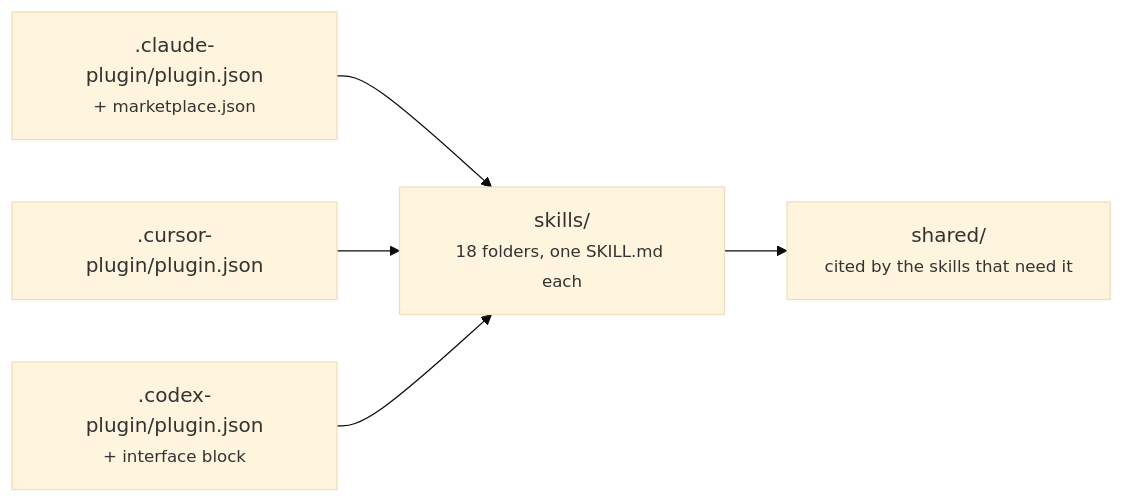
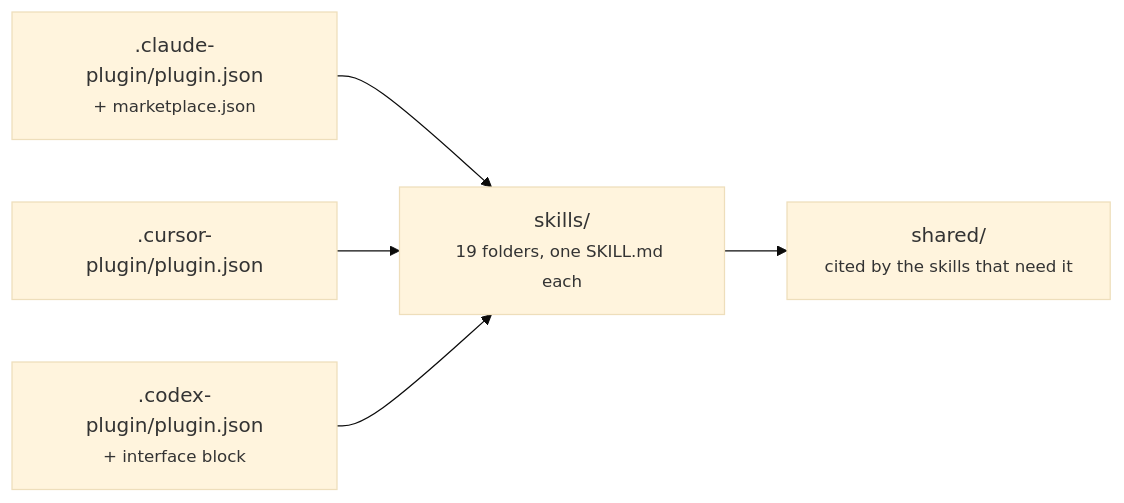
Before and after one commit to lamngockhuong/aiteamkit: the first of 2 diagrams in docs/system-architecture.md, drawn with Mermaid (base theme). The commit also changed other lines of this file and 38 other files, not shown here.

````diff
--- a/docs/system-architecture.md
+++ b/docs/system-architecture.md
@@ -38,7 +38,7 @@
 ```mermaid
 flowchart LR
-    CP[".claude-plugin/plugin.json<br/><small>+ marketplace.json</small>"] --> SK["skills/<br/><small>18 folders, one SKILL.md each</small>"]
+    CP[".claude-plugin/plugin.json<br/><small>+ marketplace.json</small>"] --> SK["skills/<br/><small>19 folders, one SKILL.md each</small>"]
     UP[".cursor-plugin/plugin.json"] --> SK
     XP[".codex-plugin/plugin.json<br/><small>+ interface block</small>"] --> SK
     SK --> SH["shared/<br/><small>cited by the skills that need it</small>"]
 ```
````
